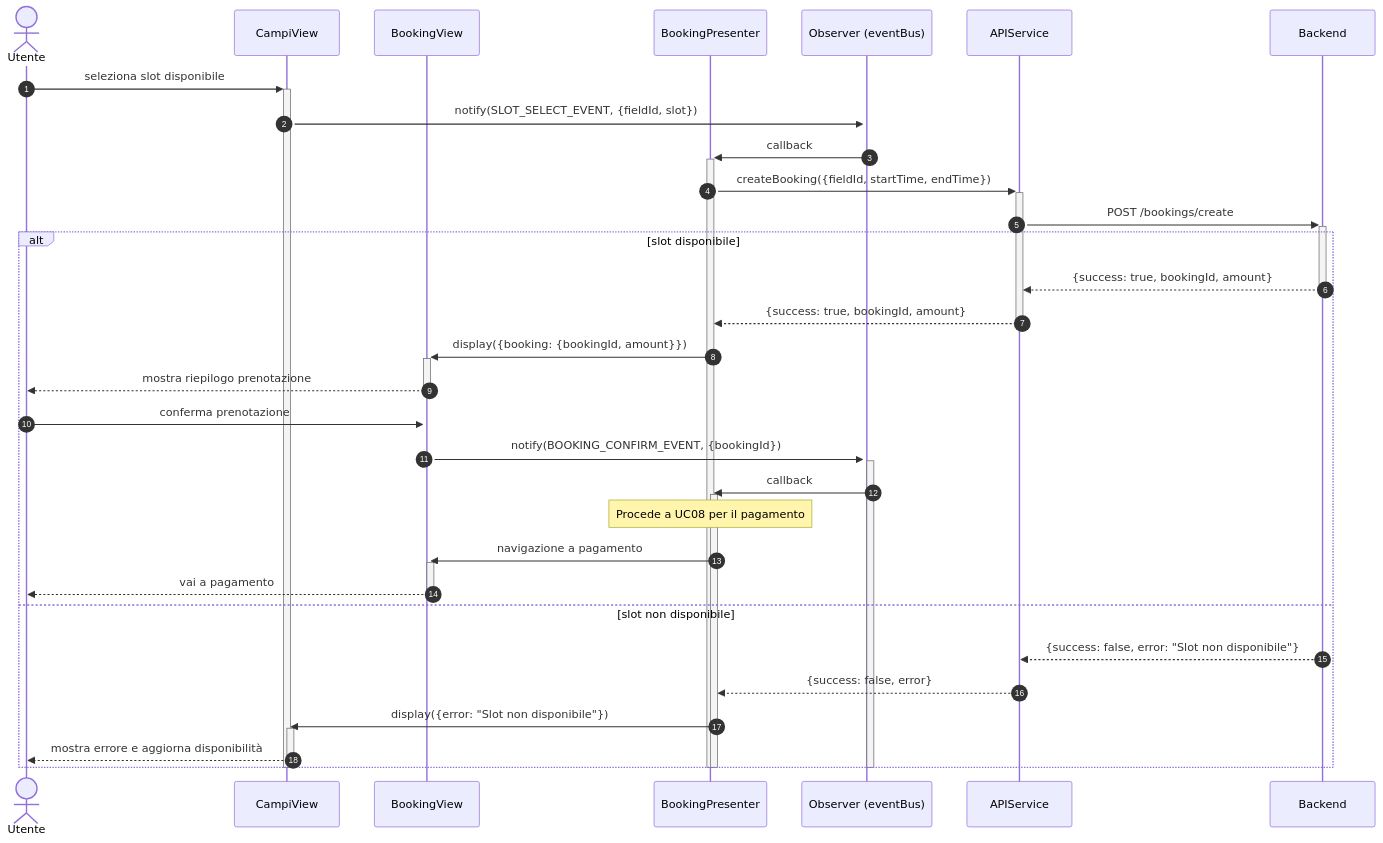
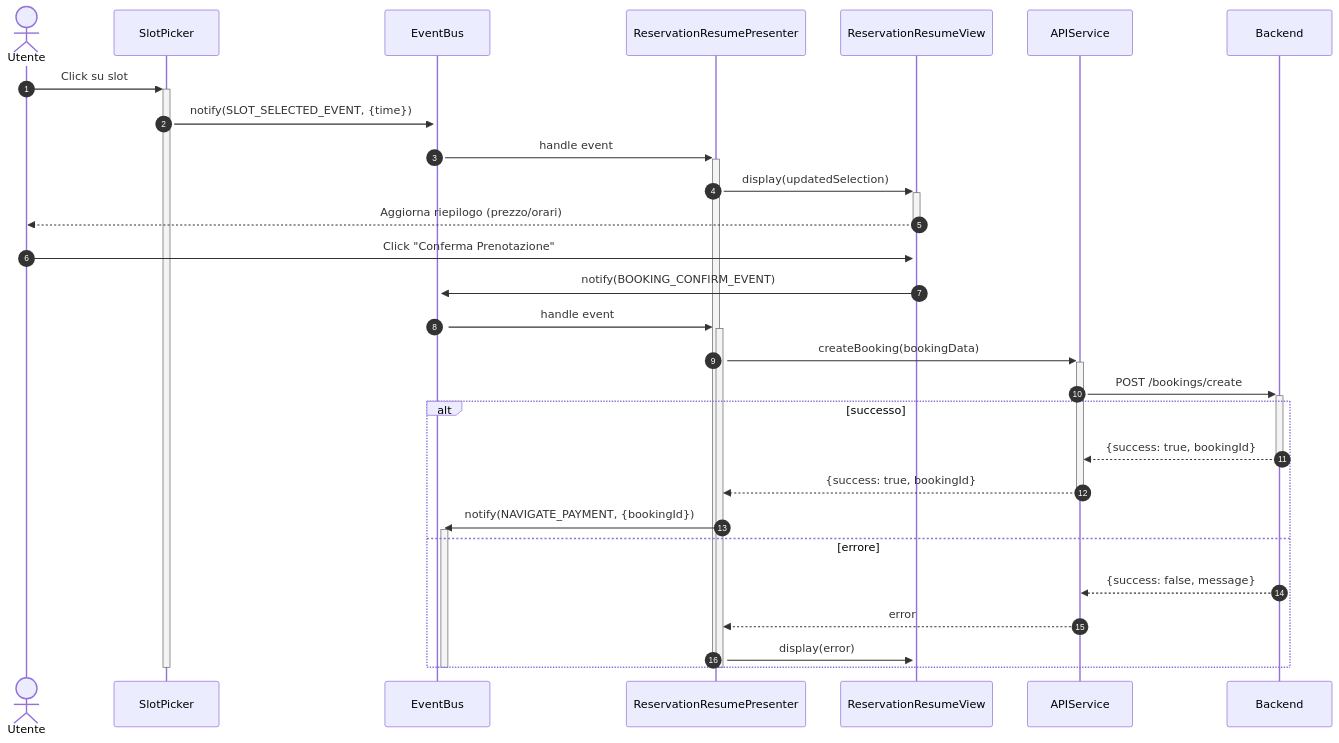
Before and after one commit to mb4dev/progetto-prova: the second of 3 diagrams in docuai/UC04.md, drawn with Mermaid. The commit also changed other lines of this file and 7 other files, not shown here.

````diff
--- a/docuai/UC04.md
+++ b/docuai/UC04.md
@@ -35,45 +46,41 @@
 ```mermaid
 sequenceDiagram
     autonumber
     
     actor user as Utente
-    participant campiView as CampiView
-    participant bookingView as BookingView
-    participant presenter as BookingPresenter
-    participant bus as Observer (eventBus)
+    participant slotV as SlotPicker
+    participant bus as EventBus
+    participant resumeP as ReservationResumePresenter
+    participant resumeV as ReservationResumeView
     participant api as APIService
     participant backend as Backend
 
-    user ->>+ campiView: seleziona slot disponibile
-    campiView ->>+ bus: notify(SLOT_SELECT_EVENT, {fieldId, slot})
-    bus ->>+ presenter: callback
+    user ->>+ slotV: Click su slot
+    slotV ->>+ bus: notify(SLOT_SELECTED_EVENT, {time})
+    bus ->>+ resumeP: handle event
+    resumeP ->>+ resumeV: display(updatedSelection)
+    resumeV -->>- user: Aggiorna riepilogo (prezzo/orari)
+
+    user ->>+ resumeV: Click "Conferma Prenotazione"
+    resumeV ->>+ bus: notify(BOOKING_CONFIRM_EVENT)
+    bus ->>+ resumeP: handle event
     
-    presenter ->>+ api: createBooking({fieldId, startTime, endTime})
+    resumeP ->>+ api: createBooking(bookingData)
     api ->>+ backend: POST /bookings/create
     
-    alt slot disponibile
-        backend -->>- api: {success: true, bookingId, amount}
-        api -->>- presenter: {success: true, bookingId, amount}
-        presenter ->>+ bookingView: display({booking: {bookingId, amount}})
-        bookingView -->>- user: mostra riepilogo prenotazione
+    alt successo
+        backend -->>- api: {success: true, bookingId}
+        api -->>- resumeP: {success: true, bookingId}
+        resumeP ->>+ bus: notify(NAVIGATE_PAYMENT, {bookingId})
         
-        user ->>+ bookingView: conferma prenotazione
-        bookingView ->>+ bus: notify(BOOKING_CONFIRM_EVENT, {bookingId})
-        bus ->>+ presenter: callback
-        
-        Note over presenter: Procede a UC08 per il pagamento
-        presenter ->>+ bookingView: navigazione a pagamento
-        bookingView -->>- user: vai a pagamento
-        
-    else slot non disponibile
-        backend -->> api: {success: false, error: "Slot non disponibile"}
-        api -->> presenter: {success: false, error}
-        presenter ->>+ campiView: display({error: "Slot non disponibile"})
-        campiView -->>- user: mostra errore e aggiorna disponibilità
+    else errore
+        backend -->> api: {success: false, message}
+        api -->> resumeP: error
+        resumeP ->> resumeV: display(error)
     end
     
-    deactivate presenter
+    deactivate resumeP
     deactivate bus
-    deactivate presenter
-    deactivate campiView
+    deactivate resumeP
+    deactivate slotV
 ```
````
